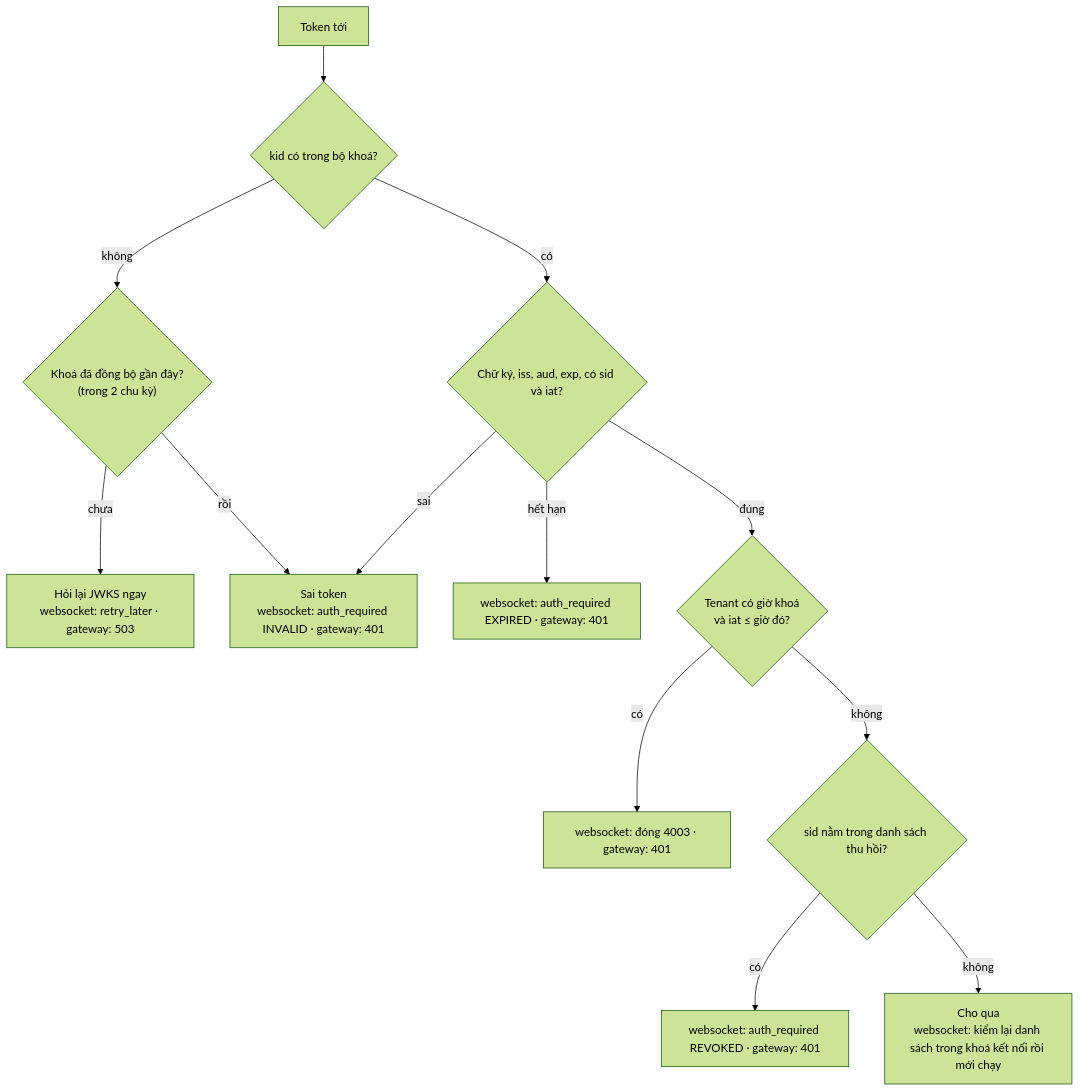
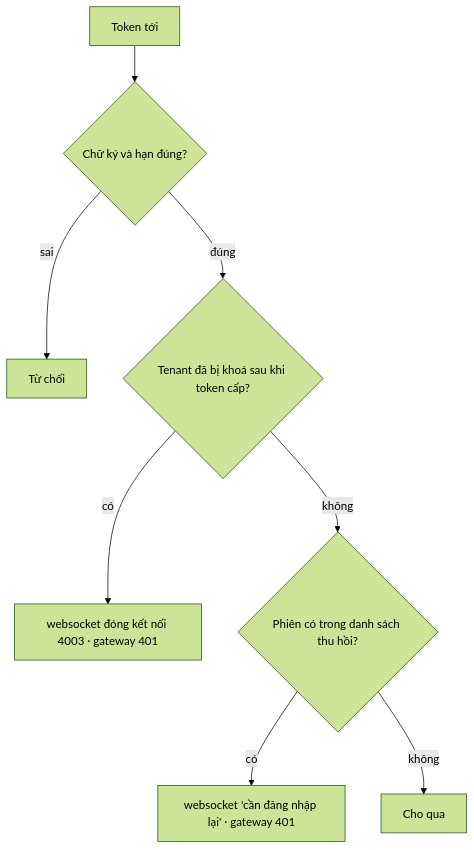
The third of 4 diagrams in docs/plans/2026-10-27-m6-2-thu-hoi-toi-node-summary.md (ivannguyendev/chatim), drawn with Mermaid (forest theme) before and after one commit. The commit also changed other lines of this file, not shown here.

````diff
--- a/docs/plans/2026-10-27-m6-2-thu-hoi-toi-node-summary.md
+++ b/docs/plans/2026-10-27-m6-2-thu-hoi-toi-node-summary.md
@@ -128,15 +91,10 @@
 ```mermaid
 flowchart TD
-  T["Token tới"] --> K{"kid có trong bộ khoá?"}
-  K -->|không| SY{"Khoá đã đồng bộ gần đây?<br/>(trong 2 chu kỳ)"}
-  SY -->|chưa| RL["Hỏi lại JWKS ngay<br/>websocket: retry_later · gateway: 503"]
-  SY -->|rồi| INV["Sai token<br/>websocket: auth_required INVALID · gateway: 401"]
-  K -->|có| SIG{"Chữ ký, iss, aud, exp, có sid và iat?"}
-  SIG -->|sai| INV
-  SIG -->|hết hạn| EXP["websocket: auth_required EXPIRED · gateway: 401"]
-  SIG -->|đúng| TN{"Tenant có giờ khoá<br/>và iat ≤ giờ đó?"}
-  TN -->|có| TD["websocket: đóng 4003 · gateway: 401"]
-  TN -->|không| SD{"sid nằm trong danh sách thu hồi?"}
-  SD -->|có| RV["websocket: auth_required REVOKED · gateway: 401"]
-  SD -->|không| GO["Cho qua<br/>websocket: kiểm lại danh sách trong khoá kết nối rồi mới chạy"]
+  T["Token tới"] --> SIG{"Chữ ký và hạn đúng?"}
+  SIG -->|sai| NO["Từ chối"]
+  SIG -->|đúng| TN{"Tenant đã bị khoá sau khi token cấp?"}
+  TN -->|có| CL["websocket đóng kết nối 4003 · gateway 401"]
+  TN -->|không| SD{"Phiên có trong danh sách thu hồi?"}
+  SD -->|có| RV["websocket 'cần đăng nhập lại' · gateway 401"]
+  SD -->|không| GO["Cho qua"]
 ```
````
